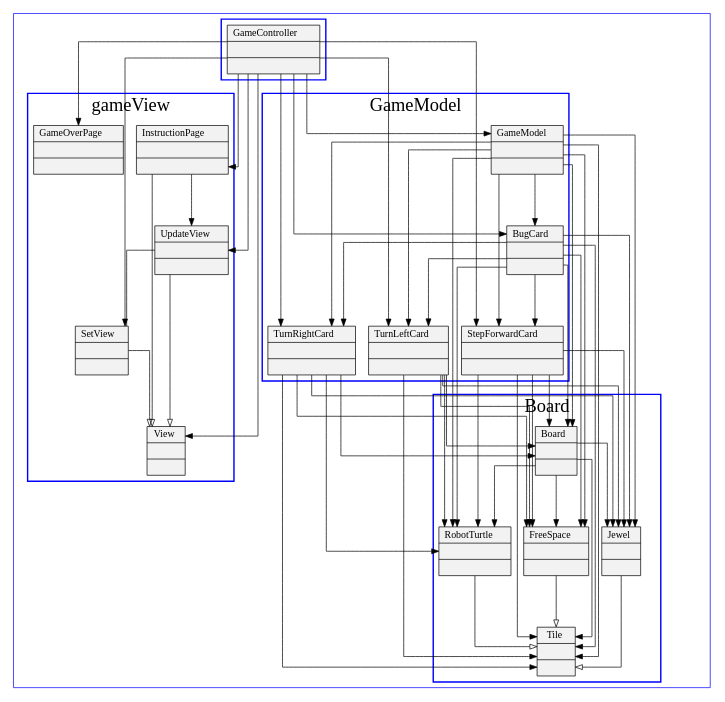
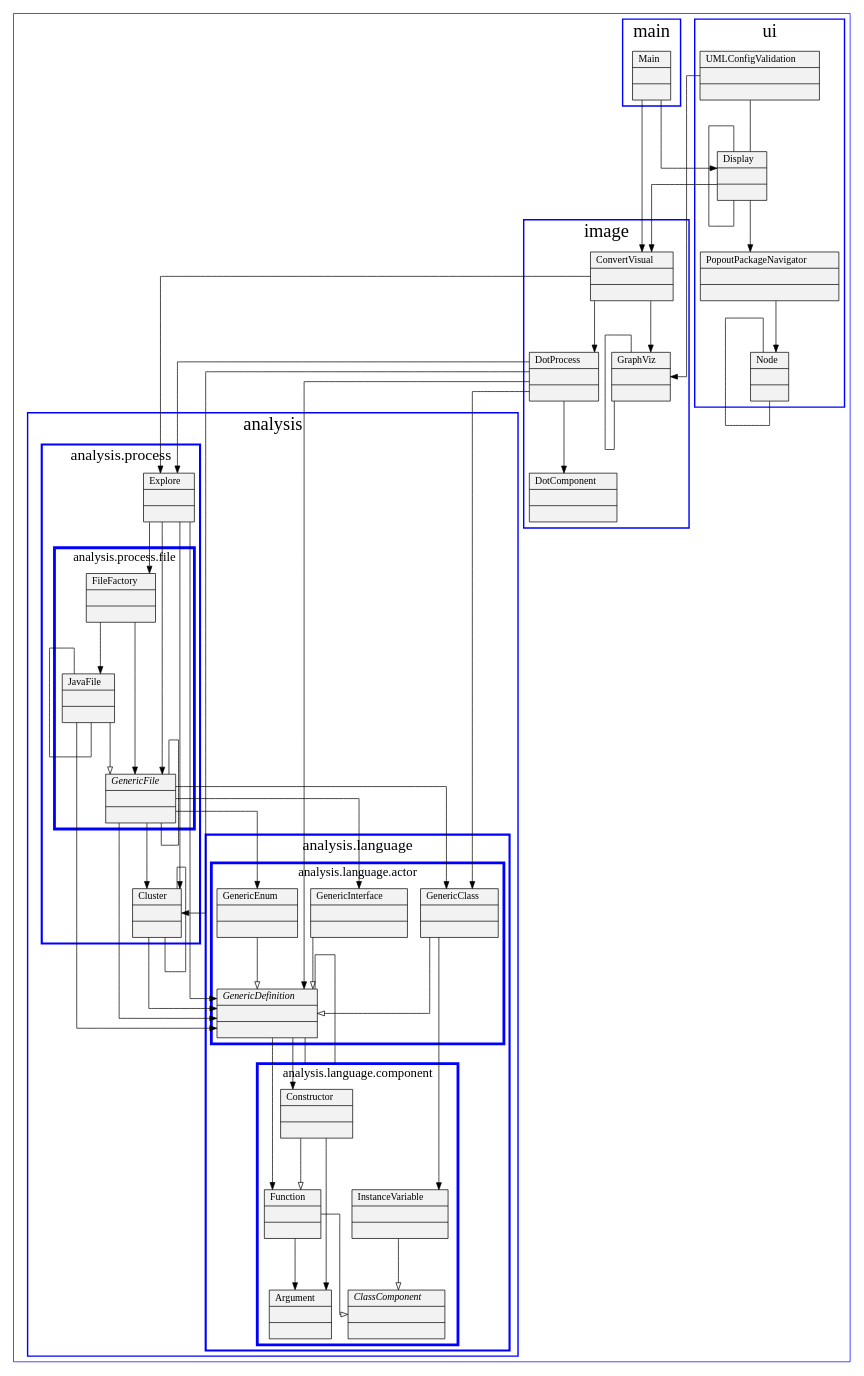
Before and after one commit to Reithger/Project-Diagram-Generator: the diagram in dotsource.dot, drawn with Graphviz. The commit also changed 8 other files, not shown here.

Commit message:
Mostly just fixed some regex issues and cleaned that all up in JavaFile's preProcess, made sure Overriden functions are skipped as being redundant of a parent class

```diff
--- a/dotsource.dot
+++ b/dotsource.dot
@@ -1,119 +1,151 @@
 digraph G {
 	node[shape=record,style=filled,fillcolor=gray95];
 	edge[concentrate=true];
 	graph[splines = ortho, ranksep = 1, ratio = fill, color=blue];
 	rankdir = TB;
 
-	n0 [label = <{StepForwardCard||}>];
-	n1 [label = <{Tile||}>];
-	n2 [label = <{GameController||}>];
-	n3 [label = <{View||}>];
-	n4 [label = <{Board||}>];
-	n5 [label = <{RobotTurtle||}>];
-	n6 [label = <{TurnLeftCard||}>];
-	n7 [label = <{TurnRightCard||}>];
-	n8 [label = <{InstructionPage||}>];
-	n9 [label = <{GameOverPage||}>];
-	n10 [label = <{FreeSpace||}>];
-	n11 [label = <{GameModel||}>];
-	n12 [label = <{UpdateView||}>];
-	n13 [label = <{SetView||}>];
-	n14 [label = <{Jewel||}>];
-	n15 [label = <{BugCard||}>];
+	n0 [label = <{Function||}>];
+	n1 [label = <{JavaFile||}>];
+	n2 [label = <{ConvertVisual||}>];
+	n3 [label = <{PopoutPackageNavigator||}>];
+	n4 [label = <{UMLConfigValidation||}>];
+	n5 [label = <{InstanceVariable||}>];
+	n6 [label = <{Cluster||}>];
+	n7 [label = <{DotProcess||}>];
+	n8 [label = <{GenericInterface||}>];
+	n9 [label = <{Argument||}>];
+	n10 [label = <{DotComponent||}>];
+	n11 [label = <{<i>GenericFile</i>||}>];
+	n12 [label = <{Display||}>];
+	n13 [label = <{Constructor||}>];
+	n14 [label = <{GraphViz||}>];
+	n15 [label = <{GenericEnum||}>];
+	n16 [label = <{GenericClass||}>];
+	n17 [label = <{<i>ClassComponent</i>||}>];
+	n18 [label = <{FileFactory||}>];
+	n19 [label = <{Main||}>];
+	n20 [label = <{Node||}>];
+	n21 [label = <{<i>GenericDefinition</i>||}>];
+	n22 [label = <{Explore||}>];
 	subgraph cluster_{
 		label = "";
 		fontsize = 30;
 		penwidth = 1;
-		subgraph cluster_Board{
-			label = "Board";
+		subgraph cluster_analysis{
+			label = "analysis";
 			fontsize = 26;
 			penwidth = 2;
-			n10;
-			n14;
-			n1;
-			n4;
-			n5;
+			subgraph cluster_analysis_language{
+				label = "analysis.language";
+				fontsize = 22;
+				penwidth = 3;
+				subgraph cluster_analysis_language_actor{
+					label = "analysis.language.actor";
+					fontsize = 18;
+					penwidth = 4;
+					n16;
+					n15;
+					n8;
+					n21;
+				}
+				subgraph cluster_analysis_language_component{
+					label = "analysis.language.component";
+					fontsize = 18;
+					penwidth = 4;
+					n9;
+					n17;
+					n0;
+					n5;
+					n13;
+				}
+			}
+			subgraph cluster_analysis_process{
+				label = "analysis.process";
+				fontsize = 22;
+				penwidth = 3;
+				n6;
+				n22;
+				subgraph cluster_analysis_process_file{
+					label = "analysis.process.file";
+					fontsize = 18;
+					penwidth = 4;
+					n18;
+					n1;
+					n11;
+				}
+			}
 		}
-		subgraph cluster_{
-			label = "";
+		subgraph cluster_image{
+			label = "image";
 			fontsize = 26;
 			penwidth = 2;
 			n2;
+			n10;
+			n14;
+			n7;
 		}
-		subgraph cluster_GameModel{
-			label = "GameModel";
+		subgraph cluster_main{
+			label = "main";
 			fontsize = 26;
 			penwidth = 2;
-			n15;
-			n11;
-			n6;
-			n7;
-			n0;
+			n19;
 		}
-		subgraph cluster_gameView{
-			label = "gameView";
+		subgraph cluster_ui{
+			label = "ui";
 			fontsize = 26;
 			penwidth = 2;
-			n13;
+			n12;
+			n20;
+			n4;
 			n3;
-			n9;
-			n12;
-			n8;
 		}
 	}
-	n0 -> n1[arrowhead=normal];
-	n0 -> n4[arrowhead=normal];
-	n0 -> n5[arrowhead=normal];
-	n0 -> n10[arrowhead=normal];
-	n0 -> n14[arrowhead=normal];
-	n2 -> n0[arrowhead=normal];
-	n2 -> n6[arrowhead=normal];
+	n0 -> n17[arrowhead=onormal];
+	n0 -> n9[arrowhead=normal];
+	n1 -> n11[arrowhead=onormal];
+	n1 -> n21[arrowhead=normal];
+	n1 -> n1[arrowhead=none];
+	n2 -> n22[arrowhead=normal];
 	n2 -> n7[arrowhead=normal];
-	n2 -> n11[arrowhead=normal];
-	n2 -> n15[arrowhead=normal];
-	n2 -> n3[arrowhead=normal];
-	n2 -> n8[arrowhead=normal];
-	n2 -> n9[arrowhead=normal];
-	n2 -> n12[arrowhead=normal];
-	n2 -> n13[arrowhead=normal];
-	n4 -> n1[arrowhead=normal];
-	n4 -> n5[arrowhead=normal];
+	n2 -> n14[arrowhead=normal];
+	n3 -> n20[arrowhead=normal];
 	n4 -> n14[arrowhead=normal];
-	n4 -> n10[arrowhead=normal];
-	n5 -> n1[arrowhead=onormal];
-	n6 -> n1[arrowhead=normal];
-	n6 -> n4[arrowhead=normal];
-	n6 -> n5[arrowhead=normal];
-	n6 -> n10[arrowhead=normal];
-	n6 -> n14[arrowhead=normal];
-	n7 -> n1[arrowhead=normal];
-	n7 -> n4[arrowhead=normal];
-	n7 -> n5[arrowhead=normal];
+	n4 -> n12[arrowhead=none];
+	n5 -> n17[arrowhead=onormal];
+	n6 -> n21[arrowhead=normal];
+	n6 -> n6[arrowhead=none];
+	n7 -> n16[arrowhead=normal];
+	n7 -> n21[arrowhead=normal];
+	n7 -> n6[arrowhead=normal];
+	n7 -> n22[arrowhead=normal];
 	n7 -> n10[arrowhead=normal];
-	n7 -> n14[arrowhead=normal];
-	n8 -> n3[arrowhead=onormal];
-	n8 -> n12[arrowhead=normal];
-	n10 -> n1[arrowhead=onormal];
-	n11 -> n1[arrowhead=normal];
-	n11 -> n4[arrowhead=normal];
-	n11 -> n5[arrowhead=normal];
-	n11 -> n10[arrowhead=normal];
-	n11 -> n14[arrowhead=normal];
+	n8 -> n21[arrowhead=onormal];
+	n11 -> n16[arrowhead=normal];
+	n11 -> n21[arrowhead=normal];
 	n11 -> n15[arrowhead=normal];
-	n11 -> n0[arrowhead=normal];
+	n11 -> n8[arrowhead=normal];
 	n11 -> n6[arrowhead=normal];
-	n11 -> n7[arrowhead=normal];
-	n12 -> n3[arrowhead=onormal];
-	n12 -> n13[arrowhead=none];
-	n13 -> n3[arrowhead=onormal];
-	n14 -> n1[arrowhead=onormal];
-	n15 -> n1[arrowhead=normal];
-	n15 -> n4[arrowhead=normal];
-	n15 -> n5[arrowhead=normal];
-	n15 -> n10[arrowhead=normal];
-	n15 -> n14[arrowhead=normal];
-	n15 -> n6[arrowhead=normal];
-	n15 -> n0[arrowhead=normal];
-	n15 -> n7[arrowhead=normal];
+	n11 -> n11[arrowhead=none];
+	n12 -> n2[arrowhead=normal];
+	n12 -> n3[arrowhead=normal];
+	n12 -> n12[arrowhead=none];
+	n13 -> n0[arrowhead=onormal];
+	n13 -> n9[arrowhead=normal];
+	n14 -> n14[arrowhead=none];
+	n15 -> n21[arrowhead=onormal];
+	n16 -> n21[arrowhead=onormal];
+	n16 -> n5[arrowhead=normal];
+	n18 -> n11[arrowhead=normal];
+	n18 -> n1[arrowhead=normal];
+	n19 -> n2[arrowhead=normal];
+	n19 -> n12[arrowhead=normal];
+	n20 -> n20[arrowhead=none];
+	n21 -> n13[arrowhead=normal];
+	n21 -> n0[arrowhead=normal];
+	n21 -> n21[arrowhead=none];
+	n22 -> n21[arrowhead=normal];
+	n22 -> n18[arrowhead=normal];
+	n22 -> n11[arrowhead=normal];
+	n22 -> n6[arrowhead=normal];
 
 }
```
